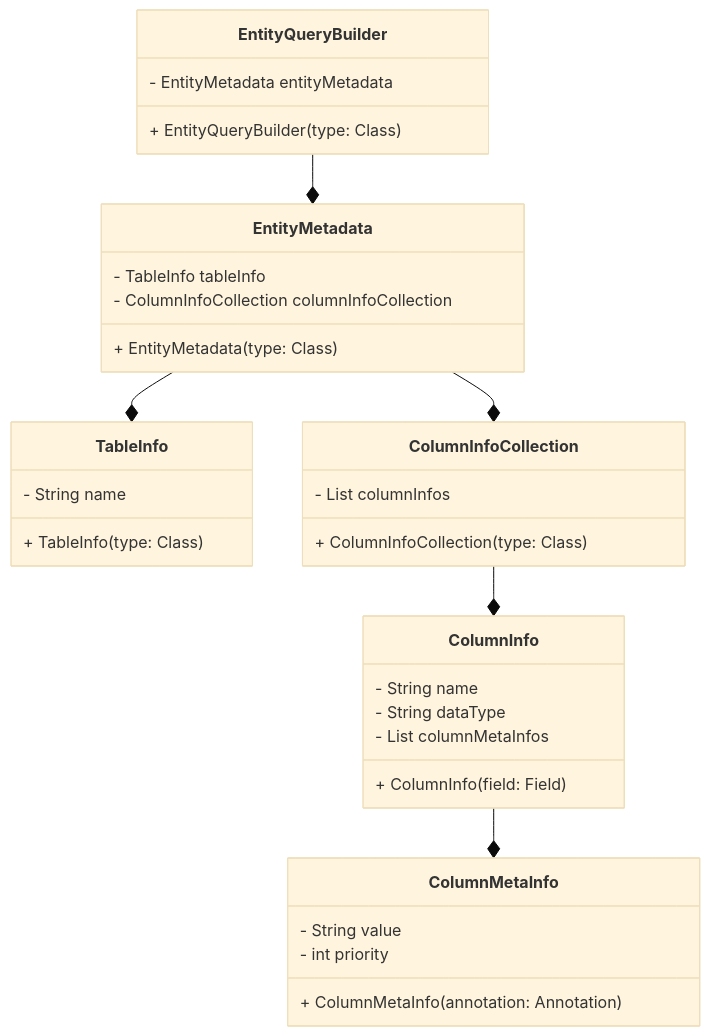
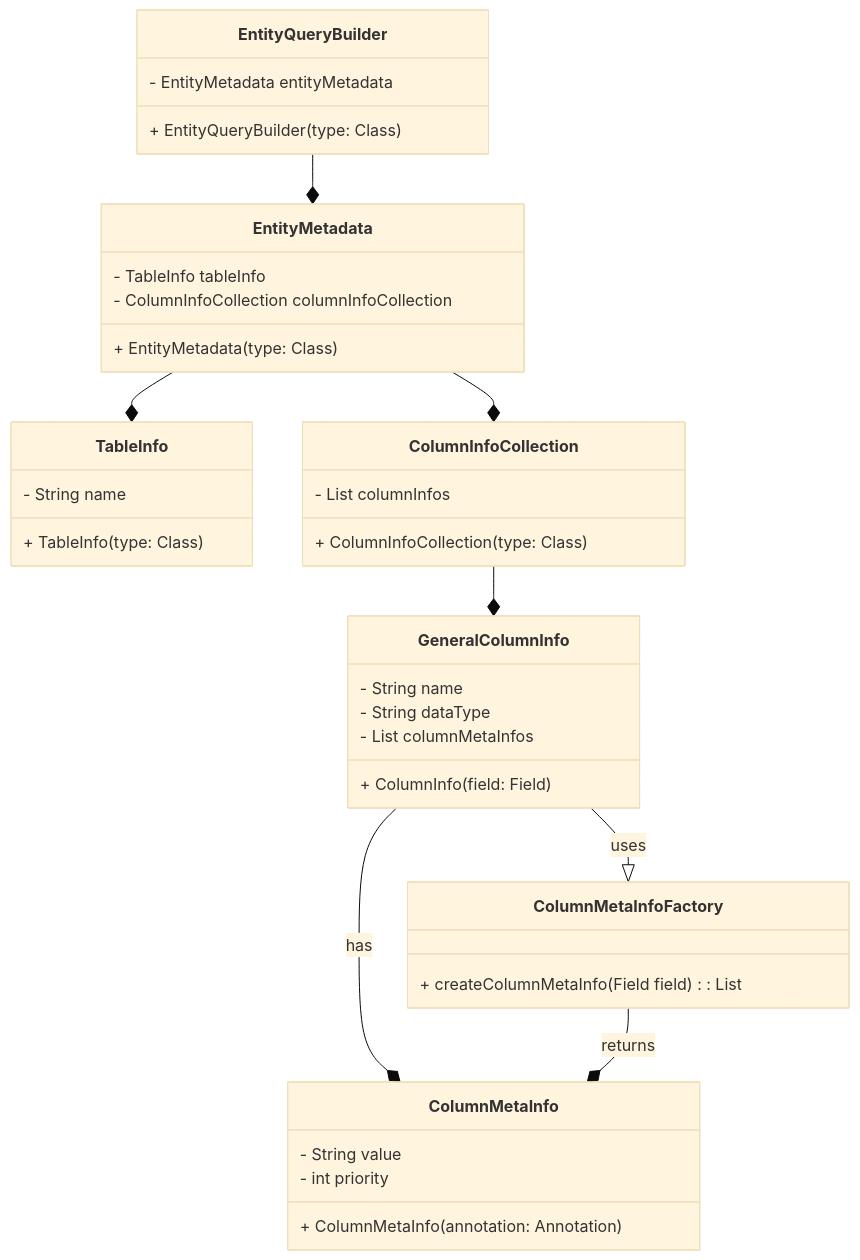
One commit to next-step/jpa-query-builder changed the diagram in README.md. Above: the diagram before and after it, drawn with Mermaid (base theme).

Commit message:
docs : README.md 파일 수정 - ColumnMetaInfoFactory 리팩토링 한 부분

````diff
--- a/README.md
+++ b/README.md
@@ -5,37 +5,42 @@
 ```mermaid
 classDiagram
     class EntityQueryBuilder {
         - EntityMetadata entityMetadata
         + EntityQueryBuilder(type: Class<?>)
     }
     class EntityMetadata {
         - TableInfo tableInfo
         - ColumnInfoCollection columnInfoCollection
         + EntityMetadata(type: Class<?>)
     }
     class TableInfo {
         - String name
         + TableInfo(type: Class<?>)
     }
     class ColumnInfoCollection {
-        - List<ColumnInfo> columnInfos
+        - List<GeneralColumnInfo> columnInfos
         + ColumnInfoCollection(type: Class<?>)
     }
-    class ColumnInfo {
+    class GeneralColumnInfo {
         - String name
         - String dataType
         - List<ColumnMetaInfo> columnMetaInfos
         + ColumnInfo(field: Field)
+    }
+    class ColumnMetaInfoFactory {
+        + createColumnMetaInfo(Field field): List<ColumnMetaInfo>
     }
     class ColumnMetaInfo {
         - String value
         - int priority
         + ColumnMetaInfo(annotation: Annotation)
     }
 
     EntityQueryBuilder --* EntityMetadata
     EntityMetadata --* TableInfo
     EntityMetadata --* ColumnInfoCollection
-    ColumnInfoCollection --* ColumnInfo
-    ColumnInfo --* ColumnMetaInfo
+    ColumnInfoCollection --* GeneralColumnInfo
+    GeneralColumnInfo --|> ColumnMetaInfoFactory : uses
+    GeneralColumnInfo --* ColumnMetaInfo : has
+    ColumnMetaInfoFactory --* ColumnMetaInfo : returns
 ```
````
